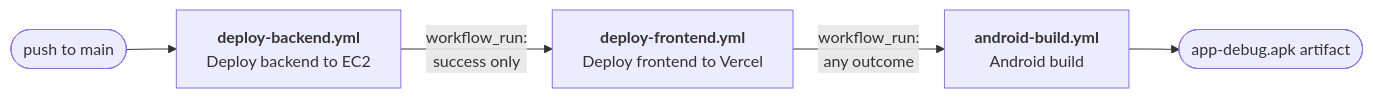
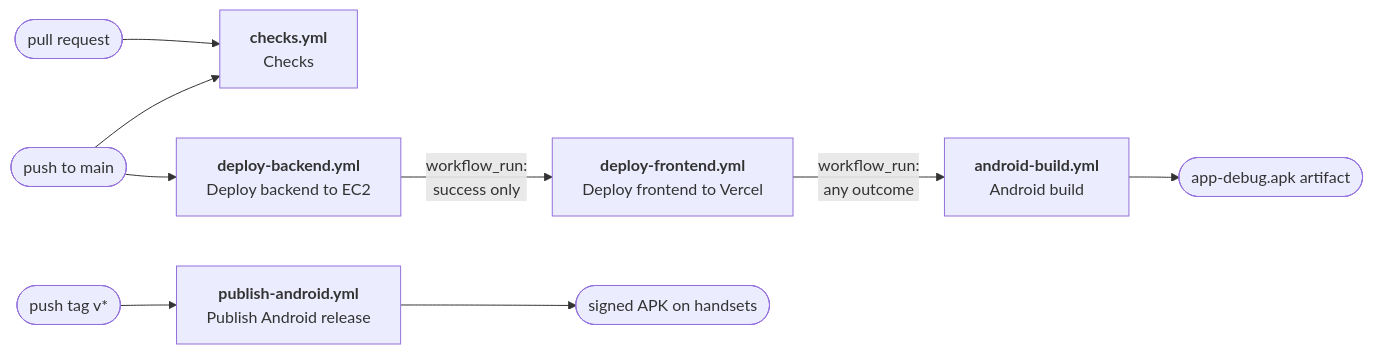
One commit to cxacraftecosystem-ui/documentation-portal changed the diagram in docs/CI.md. Above: the diagram before and after it, drawn with Mermaid. The commit also changed other lines of this file and 44 other files, not shown here.

````diff
--- a/docs/CI.md
+++ b/docs/CI.md
@@ -16,7 +28,11 @@
 ```mermaid
 flowchart LR
-    P([push to main]) --> B["<b>deploy-backend.yml</b><br/>Deploy backend to EC2"]
+    PR([pull request]) --> C["<b>checks.yml</b><br/>Checks"]
+    P([push to main]) --> C
+    P --> B["<b>deploy-backend.yml</b><br/>Deploy backend to EC2"]
     B -->|workflow_run:<br/>success only| F["<b>deploy-frontend.yml</b><br/>Deploy frontend to Vercel"]
     F -->|workflow_run:<br/>any outcome| A["<b>android-build.yml</b><br/>Android build"]
     A --> R([app-debug.apk artifact])
+    T([push tag v*]) --> V["<b>publish-android.yml</b><br/>Publish Android release"]
+    V --> H([signed APK on handsets])
 ```
````
